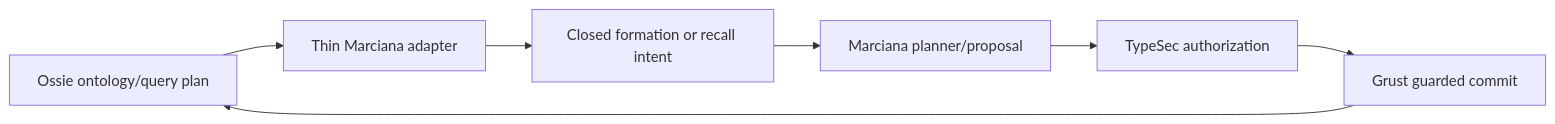
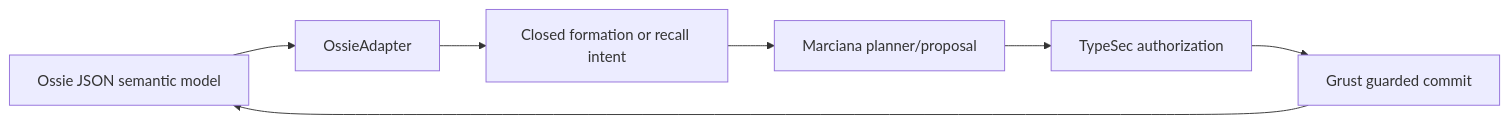
One commit to querygraph/marciana changed the seventh of 9 diagrams in docs/book/manuscript.md. Above: the diagram before and after it, drawn with Mermaid. The commit also changed other lines of this file and 4 other files, not shown here.

Commit message:
Add Ossie semantic adapter and clarify Fluree boundary

````diff
--- a/docs/book/manuscript.md
+++ b/docs/book/manuscript.md
@@ -656,9 +673,9 @@
 ```mermaid
 flowchart LR
-  O[Ossie ontology/query plan] --> A[Thin Marciana adapter]
+  O[Ossie JSON semantic model] --> A[OssieAdapter]
   A --> I[Closed formation or recall intent]
   I --> P[Marciana planner/proposal]
   P --> S[TypeSec authorization]
   S --> G[Grust guarded commit]
   G --> O
 ```
````
